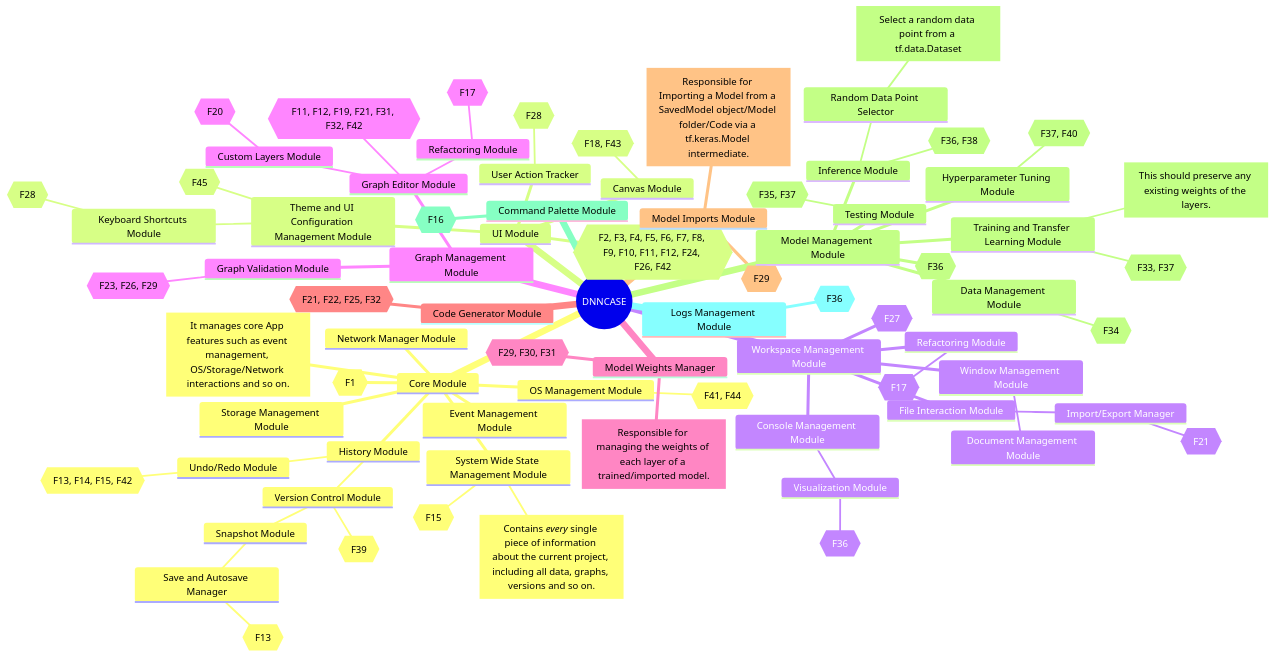
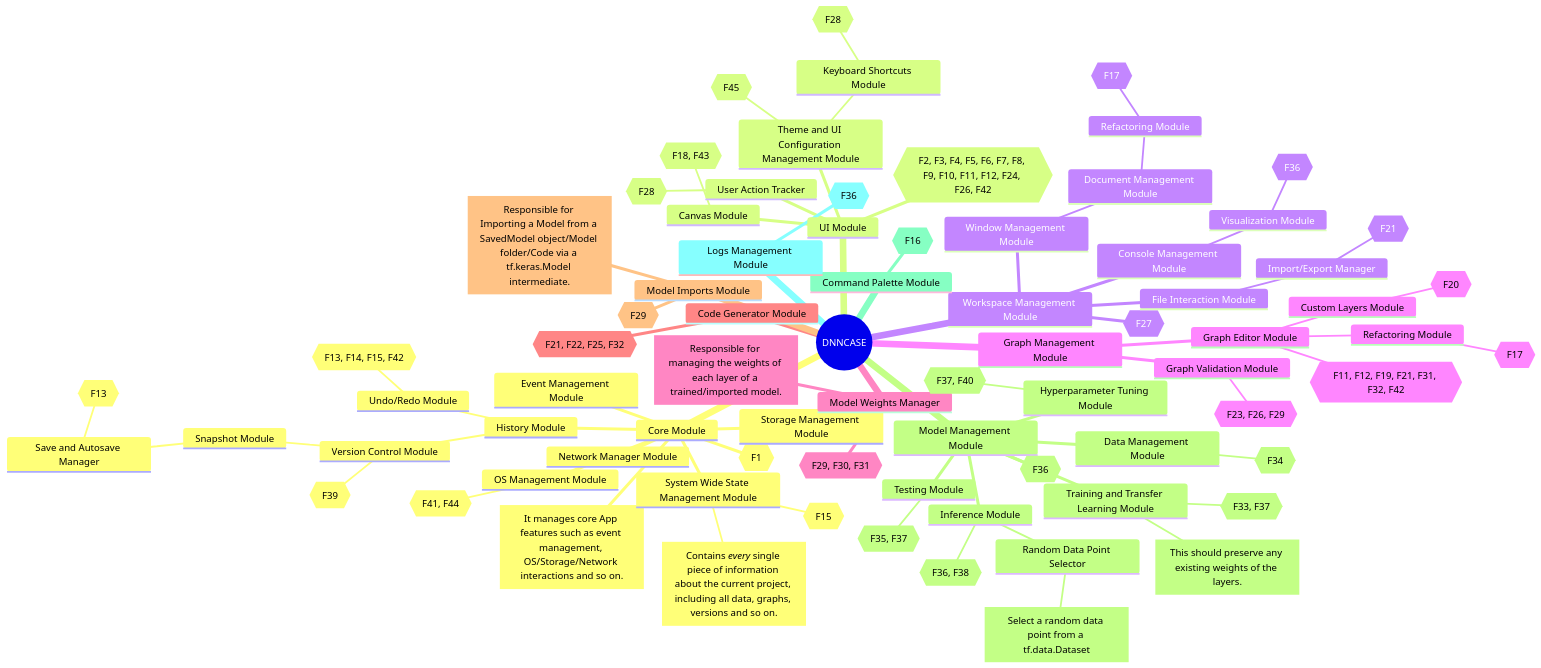
One commit to rohan843/dnncase changed the first of 2 diagrams in Design Diagrams/Top Level Modules.md. Above: the diagram before and after it, drawn with Mermaid.

Commit message:
Update Top Level Modules.md

````diff
--- a/Design Diagrams/Top Level Modules.md
+++ b/Design Diagrams/Top Level Modules.md
@@ -69,81 +69,81 @@
 ```mermaid
 mindmap
   root((DNNCASE))
     Core Module
         id[It manages core App features such as event management, OS/Storage/Network interactions and so on.]
         id{{F1}}
         System Wide State Management Module
             id[Contains _every_ single piece of information about the current project, including all data, graphs, versions and so on.]
             id{{F15}}
         Event Management Module
         Storage Management Module
         OS Management Module
             id{{F41, F44}}
         Network Manager Module
         History Module
             Version Control Module
                 id{{F39}}
                 Snapshot Module
                     Save and Autosave Manager
                         id{{F13}}
             Undo/Redo Module
                 id{{F13, F14, F15, F42}}
     UI Module
         id{{F2, F3, F4, F5, F6, F7, F8, F9, F10, F11, F12, F24, F26, F42}}
         Canvas Module
             id{{F18, F43}}
         Theme and UI Configuration Management Module
             id{{F45}}
             Keyboard Shortcuts Module
                 id{{F28}}
         User Action Tracker
             id{{F28}}
     Workspace Management Module
         id{{F27}}
         Console Management Module
             Visualization Module
                 id{{F36}}
-        Refactoring Module
-            id{{F17}}
         Window Management Module
             Document Management Module
+                Refactoring Module
+                    id{{F17}}
         File Interaction Module
             Import/Export Manager
                 id{{F21}}
     Graph Management Module
         Graph Editor Module
             id{{F11, F12, F19, F21, F31, F32, F42}}
             Custom Layers Module
                 id{{F20}}
             Refactoring Module
                 id{{F17}}
         Graph Validation Module
             id{{F23, F26, F29}}
     Model Weights Manager
         id[Responsible for managing the weights of each layer of a trained/imported model.]
         id{{F29, F30, F31}}
     Code Generator Module
         id{{F21, F22, F25, F32}}
     Model Imports Module
         id[Responsible for Importing a Model from a SavedModel object/Model folder/Code via a tf.keras.Model intermediate.]
         id{{F29}}
     Model Management Module
         id{{F36}}
         Training and Transfer Learning Module
             id[This should preserve any existing weights of the layers.]
             id{{F33, F37}}
         Hyperparameter Tuning Module
             id{{F37, F40}}
         Testing Module
             id{{F35, F37}}
         Inference Module
             id{{F36, F38}}
             Random Data Point Selector
                 id[Select a random data point from a tf.data.Dataset]
         Data Management Module
             id{{F34}}
     Command Palette Module   
         id{{F16}}
     Logs Management Module
         id{{F36}}
 ```
````
